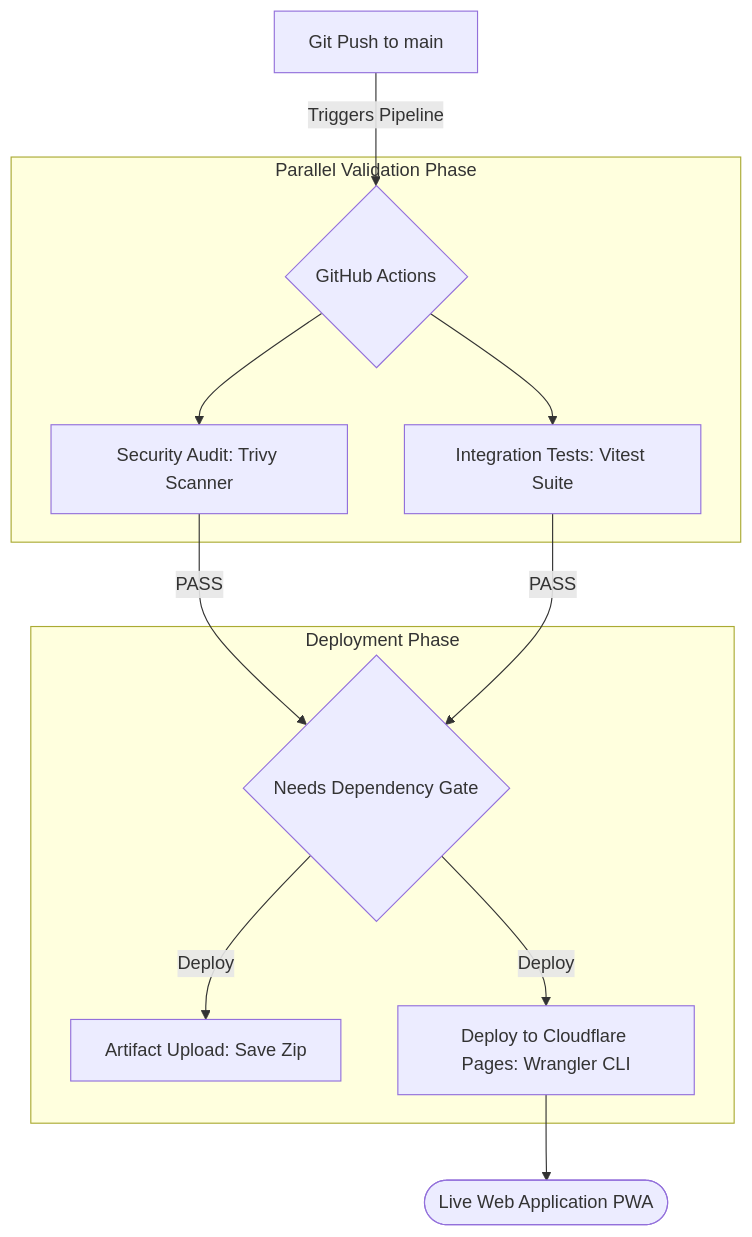
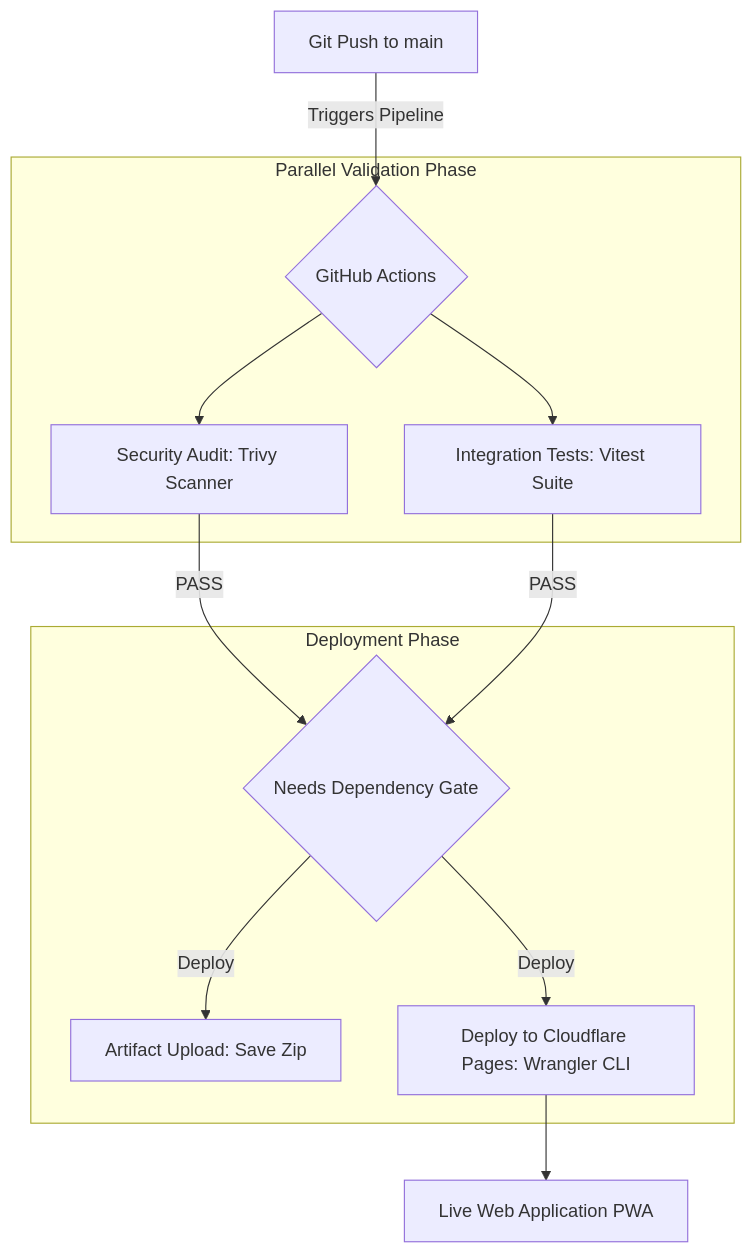
The fifth of 5 diagrams in src/content/blog/2026-05-19-sovereign-devsecops-command-center.md (digitaldave0/dev-blog), drawn with Mermaid before and after one commit. The commit also changed other lines of this file, not shown here.

Commit message:
docs: standardize Mermaid shapes to resolve 10.9.6 syntax errors

````diff
--- a/src/content/blog/2026-05-19-sovereign-devsecops-command-center.md
+++ b/src/content/blog/2026-05-19-sovereign-devsecops-command-center.md
@@ -227,19 +227,19 @@
 ```mermaid
 graph TD
-    Commit[Git Push to main] -->|Triggers Pipeline| Start{GitHub Actions}
+    Commit["Git Push to main"] -->|Triggers Pipeline| Start{GitHub Actions}
     
-    subgraph Parallel Validation Phase
-        Start --> Job1[Security Audit: Trivy Scanner]
-        Start --> Job2[Integration Tests: Vitest Suite]
+    subgraph "Parallel Validation Phase"
+        Start --> Job1["Security Audit: Trivy Scanner"]
+        Start --> Job2["Integration Tests: Vitest Suite"]
     end
     
     Job1 -->|PASS| Gate{Needs Dependency Gate}
     Job2 -->|PASS| Gate
     
-    subgraph Deployment Phase
-        Gate -->|Deploy| Job3[Artifact Upload: Save Zip]
+    subgraph "Deployment Phase"
+        Gate -->|Deploy| Job3["Artifact Upload: Save Zip"]
         Gate -->|Deploy| Job4["Deploy to Cloudflare Pages: Wrangler CLI"]
     end
     
-    Job4 --> Live(["Live Web Application PWA"])
+    Job4 --> Live["Live Web Application PWA"]
 ```
````
